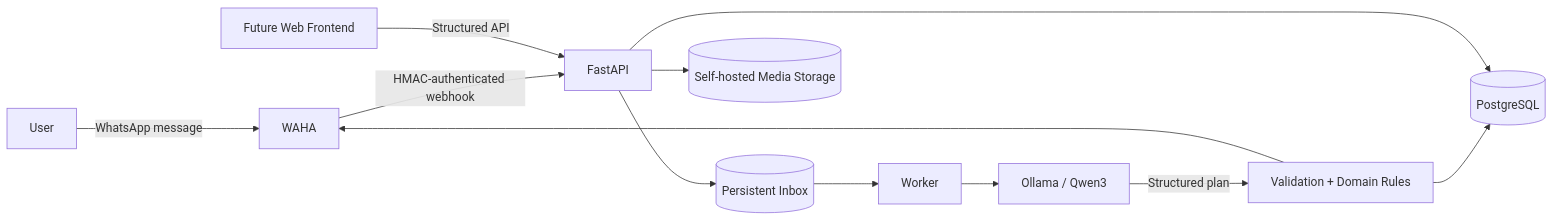
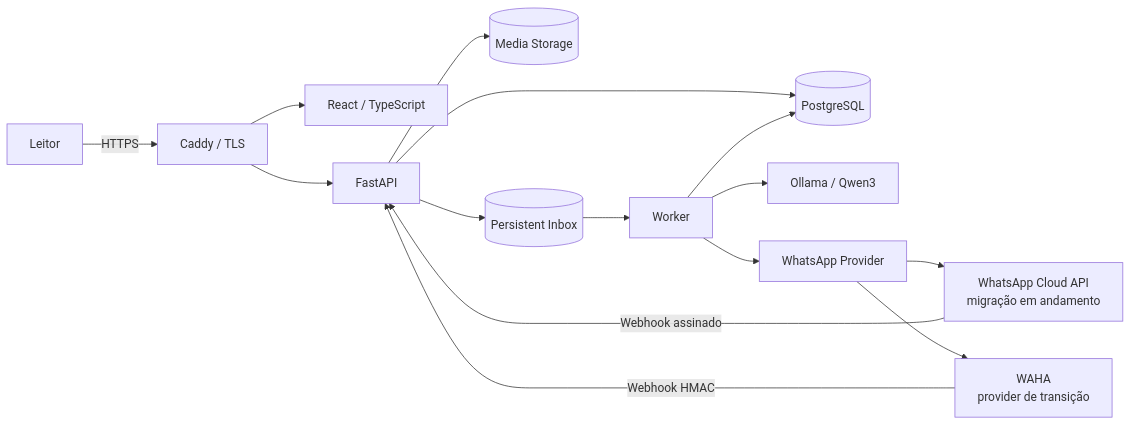
The diagram in README.md (lucaserre/nautilusbook_showcase), drawn with Mermaid before and after one commit. The commit also changed other lines of this file, not shown here.

````diff
--- a/README.md
+++ b/README.md
@@ -28,16 +27,21 @@
 ```mermaid
 flowchart LR
-    U[User] -->|WhatsApp message| W[WAHA]
-    W -->|HMAC-authenticated webhook| API[FastAPI]
+    USER[Leitor] -->|HTTPS| EDGE[Caddy / TLS]
+    EDGE --> WEB[React / TypeScript]
+    EDGE --> API[FastAPI]
+
+    META[WhatsApp Cloud API<br/>migração em andamento] -->|Webhook assinado| API
+    WAHA[WAHA<br/>provider de transição] -->|Webhook HMAC| API
+
+    API --> DB[(PostgreSQL)]
+    API --> MEDIA[(Media Storage)]
     API --> Q[(Persistent Inbox)]
-    Q --> WK[Worker]
-    WK --> AI[Ollama / Qwen3]
-    AI -->|Structured plan| V[Validation + Domain Rules]
-    V --> DB[(PostgreSQL)]
-    V --> W
 
-    WEB[Future Web Frontend] -->|Structured API| API
-    API --> DB
+    Q --> WORKER[Worker]
+    WORKER --> LLM[Ollama / Qwen3]
+    WORKER --> DB
 
-    API --> MEDIA[(Self-hosted Media Storage)]
+    WORKER --> PROVIDER[WhatsApp Provider]
+    PROVIDER --> META
+    PROVIDER --> WAHA
 ```
````
